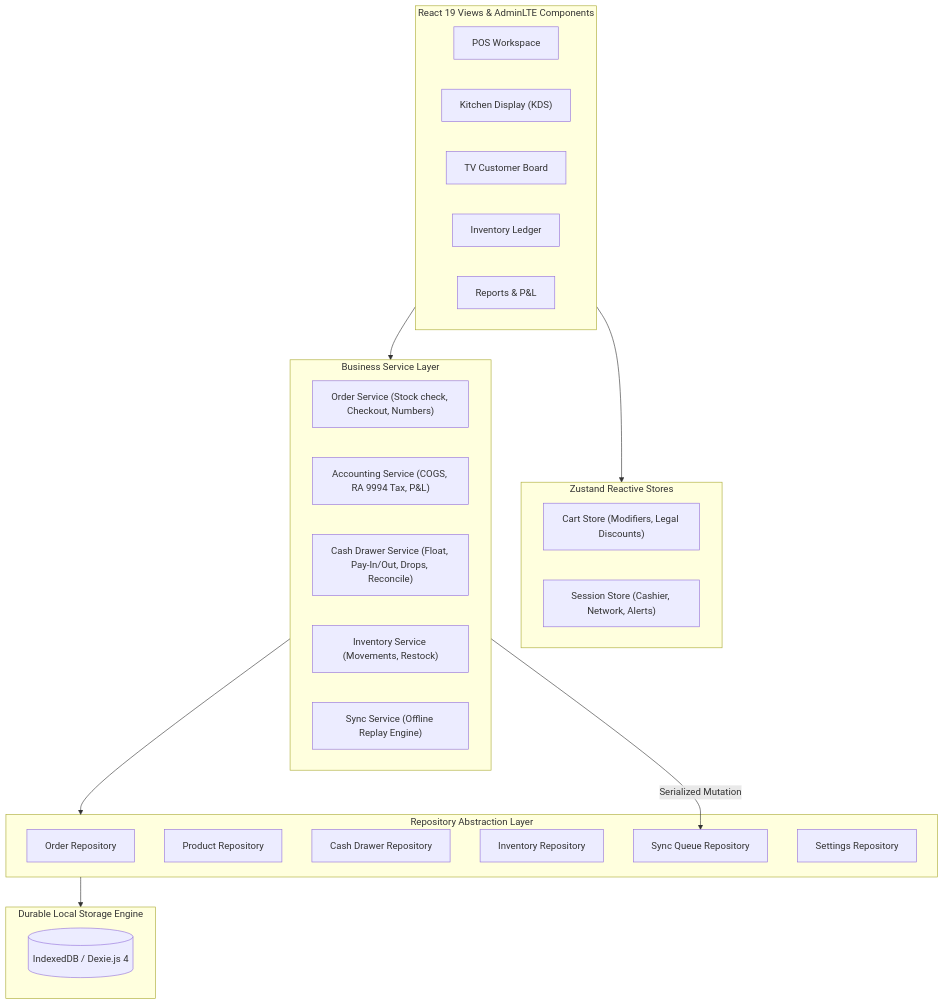
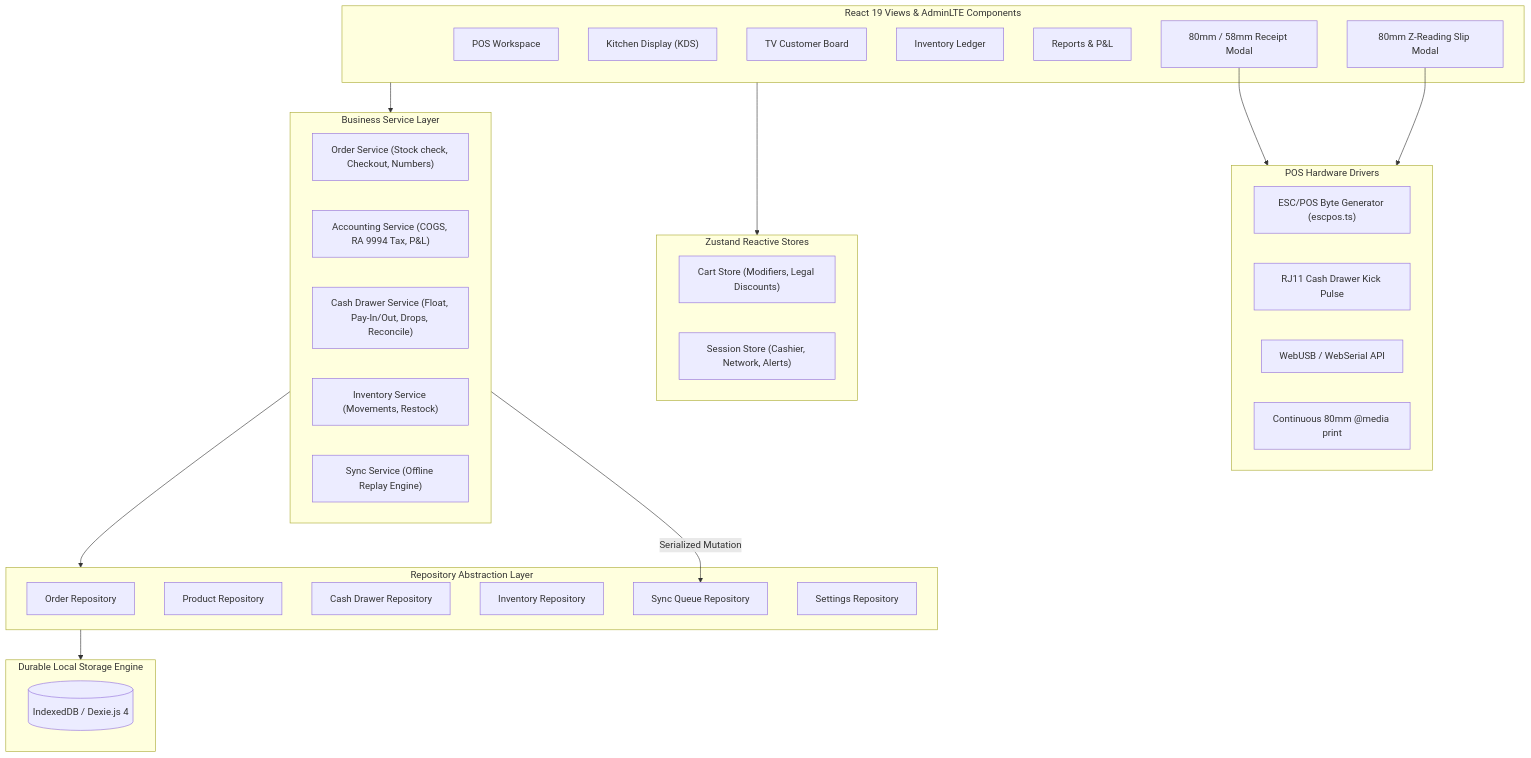
Before and after one commit to DominceAseberos/project-serveflow: the diagram in README.md, drawn with Mermaid. The commit also changed other lines of this file and 25 other files, not shown here.

Commit message:
feat(hardware-printing): add ESC/POS thermal protocol, 80mm/58mm continuous roll styles, drawer kick pulse, official Z-reading slip, and real UI screenshots

````diff
--- a/README.md
+++ b/README.md
@@ -140,42 +203,53 @@
 ```mermaid
 flowchart TD
     subgraph UI_Layer ["React 19 Views & AdminLTE Components"]
         POS["POS Workspace"]
         KDS["Kitchen Display (KDS)"]
         TV["TV Customer Board"]
         INV["Inventory Ledger"]
         REP["Reports & P&L"]
+        REC["80mm / 58mm Receipt Modal"]
+        ZRD["80mm Z-Reading Slip Modal"]
+    end
+
+    subgraph Hardware_Layer ["POS Hardware Drivers"]
+        EscPos["ESC/POS Byte Generator (escpos.ts)"]
+        Drawer["RJ11 Cash Drawer Kick Pulse"]
+        WebSerial["WebUSB / WebSerial API"]
+        PrintCss["Continuous 80mm @media print"]
     end
 
     subgraph State_Layer ["Zustand Reactive Stores"]
         CartStore["Cart Store (Modifiers, Legal Discounts)"]
         SessionStore["Session Store (Cashier, Network, Alerts)"]
     end
 
     subgraph Domain_Services ["Business Service Layer"]
         OrderService["Order Service (Stock check, Checkout, Numbers)"]
         AccountingService["Accounting Service (COGS, RA 9994 Tax, P&L)"]
         CashDrawerService["Cash Drawer Service (Float, Pay-In/Out, Drops, Reconcile)"]
         InventoryService["Inventory Service (Movements, Restock)"]
         SyncService["Sync Service (Offline Replay Engine)"]
     end
 
     subgraph Repo_Layer ["Repository Abstraction Layer"]
         OrderRepo["Order Repository"]
         ProductRepo["Product Repository"]
         CashDrawerRepo["Cash Drawer Repository"]
         InventoryRepo["Inventory Repository"]
         SyncQueueRepo["Sync Queue Repository"]
         SettingsRepo["Settings Repository"]
     end
 
     subgraph Storage_Layer ["Durable Local Storage Engine"]
         Dexie[("IndexedDB / Dexie.js 4")]
     end
 
     UI_Layer --> State_Layer
     UI_Layer --> Domain_Services
+    REC --> Hardware_Layer
+    ZRD --> Hardware_Layer
     Domain_Services --> Repo_Layer
     Repo_Layer --> Storage_Layer
     Domain_Services -->|Serialized Mutation| SyncQueueRepo
 ```
````
